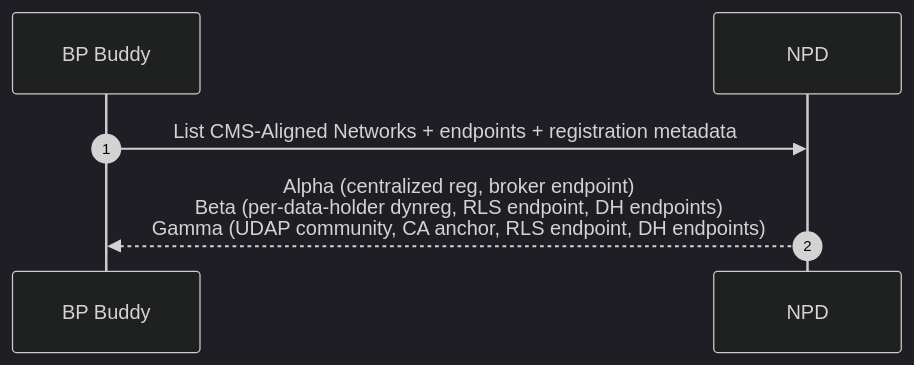
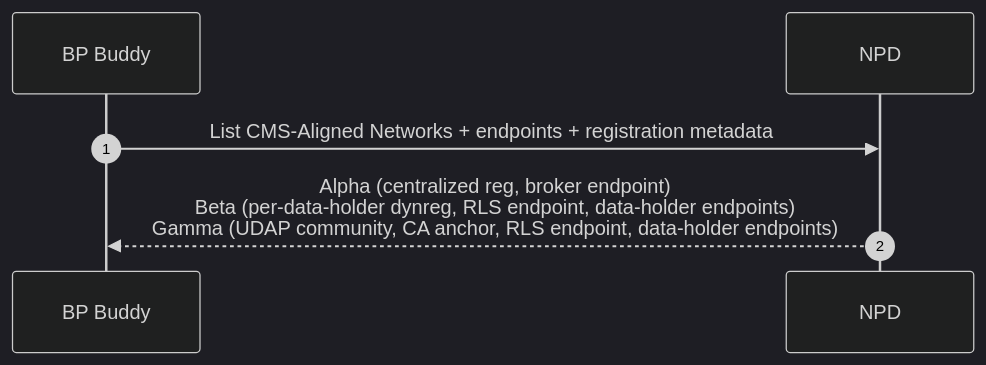
One commit to jmandel/cms-ns changed the second of 10 diagrams in app-connectivity-flows.md. Above: the diagram before and after it, drawn with Mermaid (dark theme). The commit also changed other lines of this file and 2 other files, not shown here.

````diff
--- a/app-connectivity-flows.md
+++ b/app-connectivity-flows.md
@@ -58,9 +64,9 @@
 ```mermaid
 sequenceDiagram
     autonumber
     participant App as BP Buddy
     participant NPD as NPD
 
     App->>NPD: List CMS-Aligned Networks + endpoints + registration metadata
-    NPD-->>App: Alpha (centralized reg, broker endpoint)<br/>Beta (per-data-holder dynreg, RLS endpoint, DH endpoints)<br/>Gamma (UDAP community, CA anchor, RLS endpoint, DH endpoints)
+    NPD-->>App: Alpha (centralized reg, broker endpoint)<br/>Beta (per-data-holder dynreg, RLS endpoint, data-holder endpoints)<br/>Gamma (UDAP community, CA anchor, RLS endpoint, data-holder endpoints)
 ```
````
